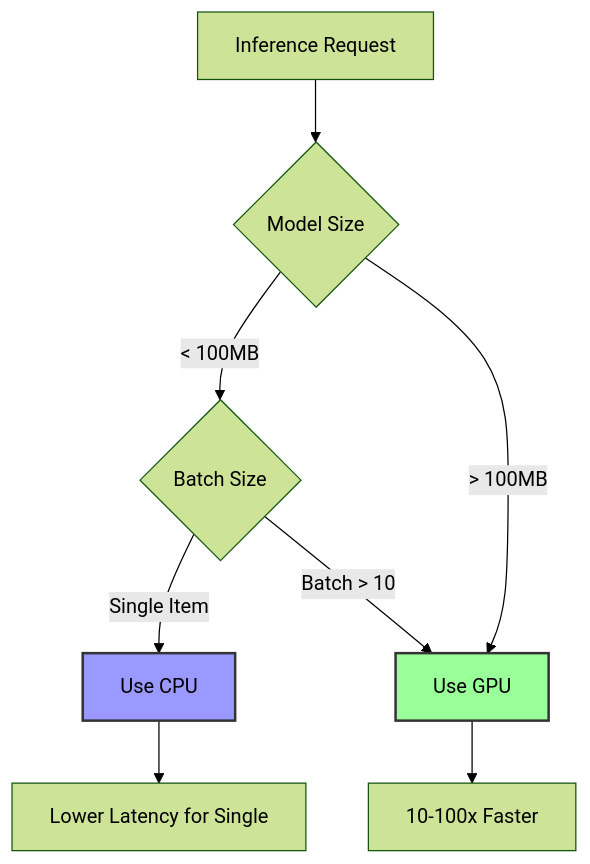
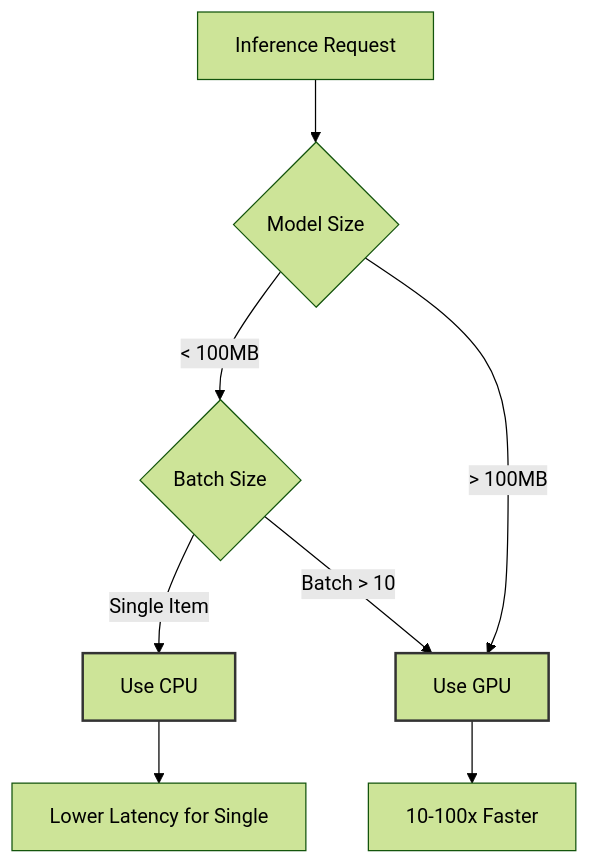
Before and after one commit to Shaddix/mostlylucidweb: the fifth of 5 diagrams in Mostlylucid/Markdown/building-a-lawyer-gpt-for-your-blog-part2.md, drawn with Mermaid (forest theme). The commit also changed other lines of this file and 7 other files, not shown here.

First line of the commit message:
Update Mermaid diagrams in Lawyer GPT series for dark mode compatibility

````diff
--- a/Mostlylucid/Markdown/building-a-lawyer-gpt-for-your-blog-part2.md
+++ b/Mostlylucid/Markdown/building-a-lawyer-gpt-for-your-blog-part2.md
@@ -809,15 +808,16 @@
 ```mermaid
 graph TD
     A[Inference Request] --> B{Model Size}
     B -->|< 100MB| C{Batch Size}
     B -->|> 100MB| D[Use GPU]
 
     C -->|Single Item| E[Use CPU]
     C -->|Batch > 10| D
 
     D --> F[10-100x Faster]
     E --> G[Lower Latency for Single]
 
-    style D fill:#9f9,stroke:#333,stroke-width:2px
-    style E fill:#99f,stroke:#333,stroke-width:2px
+    class D,E choice
+
+    classDef choice stroke:#333,stroke-width:2px
 ```
````
